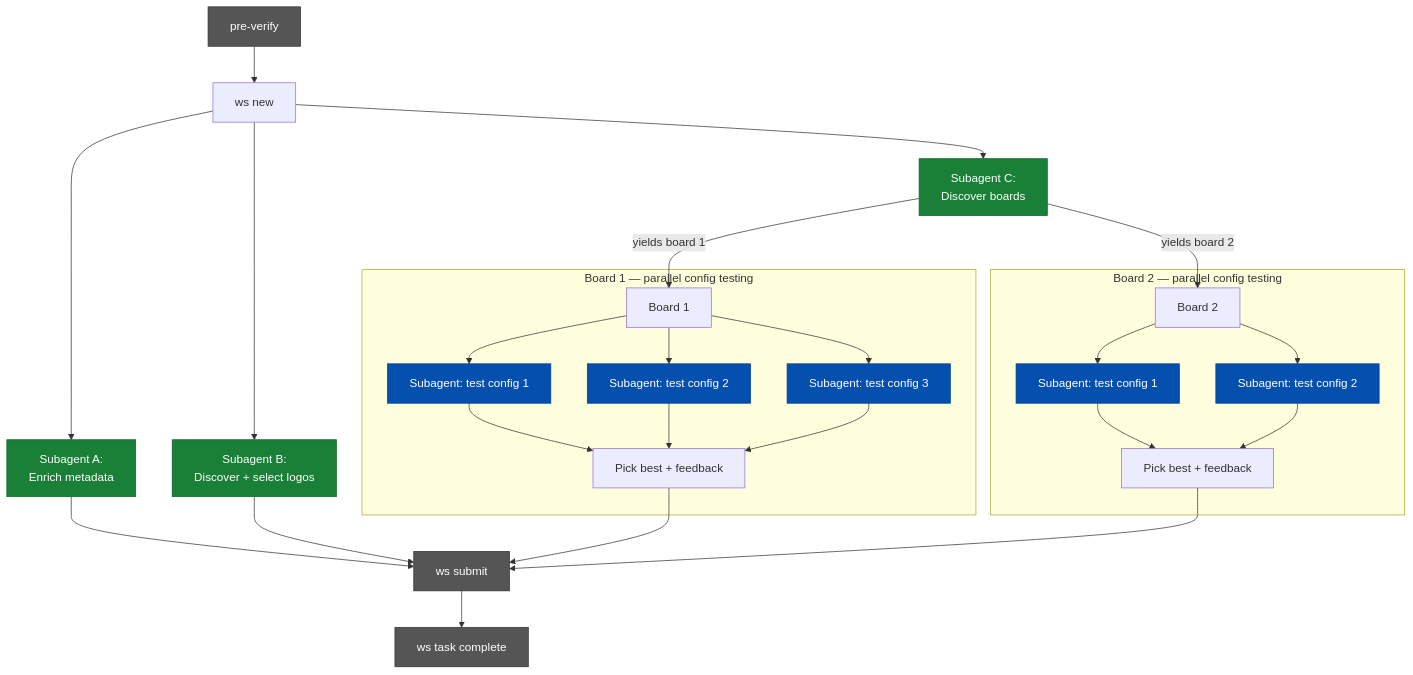
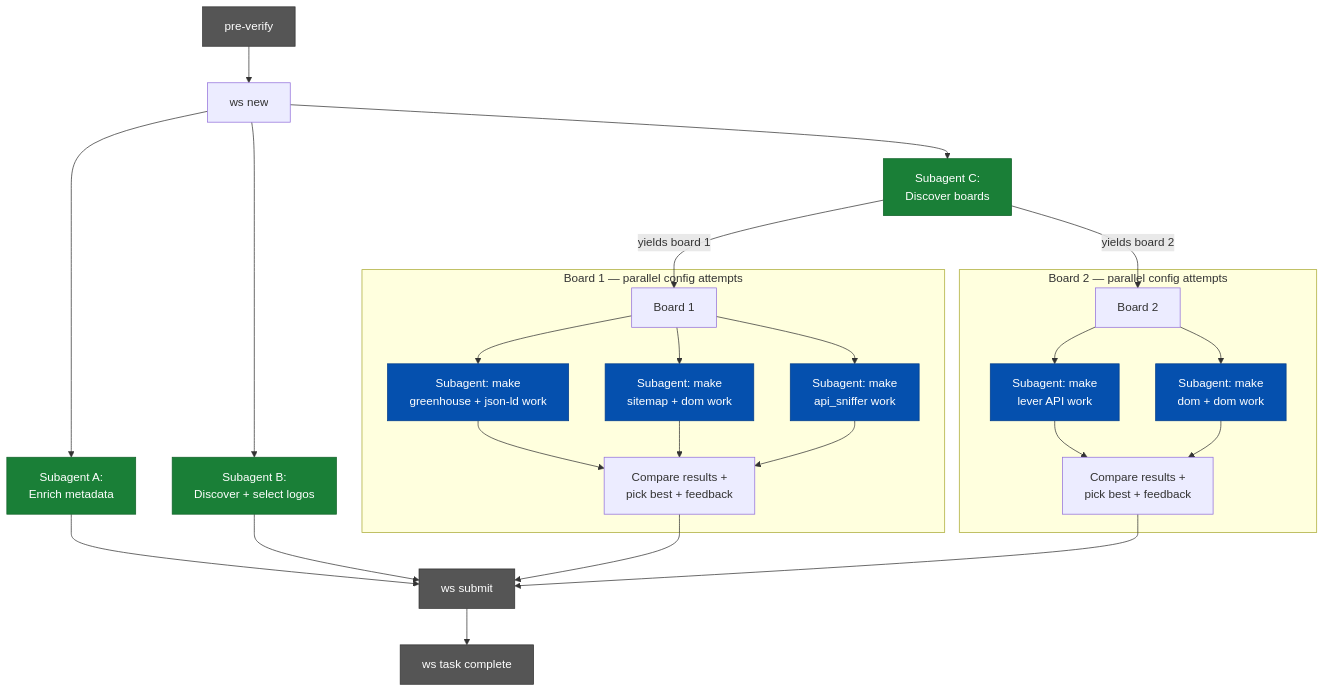
The second of 3 diagrams in docs/10-parallel-agent-pipeline.md (colophon-group/jobseek), drawn with Mermaid before and after one commit. The commit also changed other lines of this file, not shown here.

First line of the commit message:
Add config selection policy, subagent design, and quality standards

````diff
--- a/docs/10-parallel-agent-pipeline.md
+++ b/docs/10-parallel-agent-pipeline.md
@@ -54,46 +54,46 @@
 ```mermaid
 graph TD
     A[pre-verify] --> B[ws new]
 
     B --> C[Subagent A:<br/>Enrich metadata]
     B --> D[Subagent B:<br/>Discover + select logos]
     B --> E[Subagent C:<br/>Discover boards]
 
     E -->|yields board 1| F[Board 1]
     E -->|yields board 2| G[Board 2]
 
-    subgraph board1 [Board 1 — parallel config testing]
-        F --> F1[Subagent: test config 1]
-        F --> F2[Subagent: test config 2]
-        F --> F3[Subagent: test config 3]
-        F1 --> F4[Pick best + feedback]
+    subgraph board1 [Board 1 — parallel config attempts]
+        F --> F1[Subagent: make<br/>greenhouse + json-ld work]
+        F --> F2[Subagent: make<br/>sitemap + dom work]
+        F --> F3[Subagent: make<br/>api_sniffer work]
+        F1 --> F4[Compare results +<br/>pick best + feedback]
         F2 --> F4
         F3 --> F4
     end
 
-    subgraph board2 [Board 2 — parallel config testing]
-        G --> G1[Subagent: test config 1]
-        G --> G2[Subagent: test config 2]
-        G1 --> G3[Pick best + feedback]
+    subgraph board2 [Board 2 — parallel config attempts]
+        G --> G1[Subagent: make<br/>lever API work]
+        G --> G2[Subagent: make<br/>dom + dom work]
+        G1 --> G3[Compare results +<br/>pick best + feedback]
         G2 --> G3
     end
 
     C --> H[ws submit]
     D --> H
     F4 --> H
     G3 --> H
 
     H --> I[ws task complete]
 
     style A fill:#555,stroke:#333,color:#fff
     style H fill:#555,stroke:#333,color:#fff
     style I fill:#555,stroke:#333,color:#fff
     style C fill:#1a7f37,stroke:#116329,color:#fff
     style D fill:#1a7f37,stroke:#116329,color:#fff
     style E fill:#1a7f37,stroke:#116329,color:#fff
     style F1 fill:#0550ae,stroke:#033d8b,color:#fff
     style F2 fill:#0550ae,stroke:#033d8b,color:#fff
     style F3 fill:#0550ae,stroke:#033d8b,color:#fff
     style G1 fill:#0550ae,stroke:#033d8b,color:#fff
     style G2 fill:#0550ae,stroke:#033d8b,color:#fff
 ```
````
